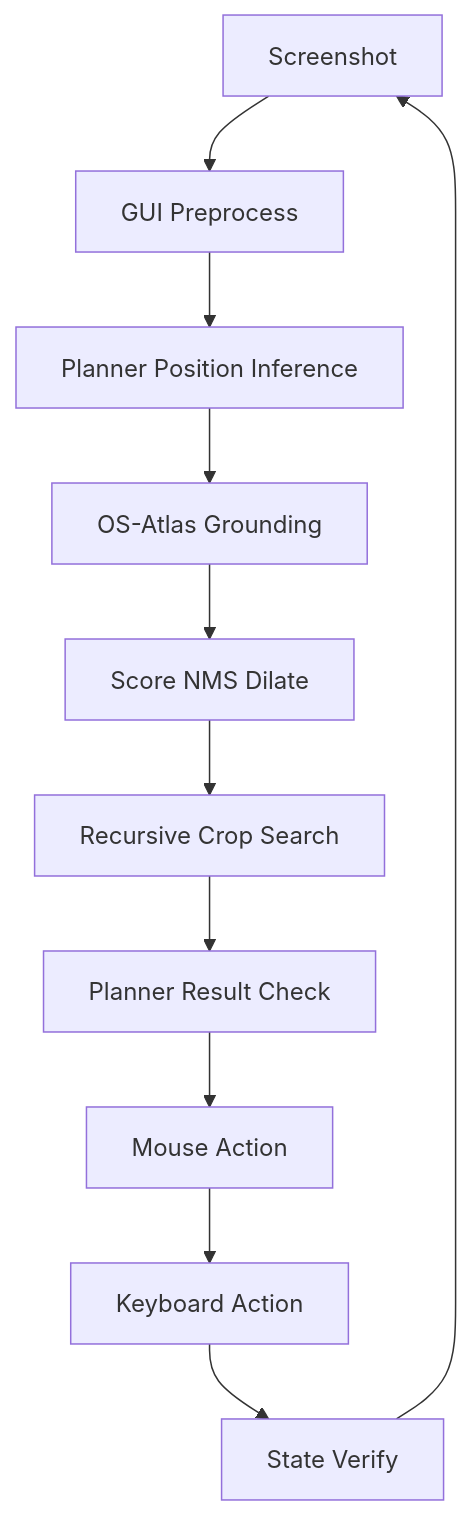
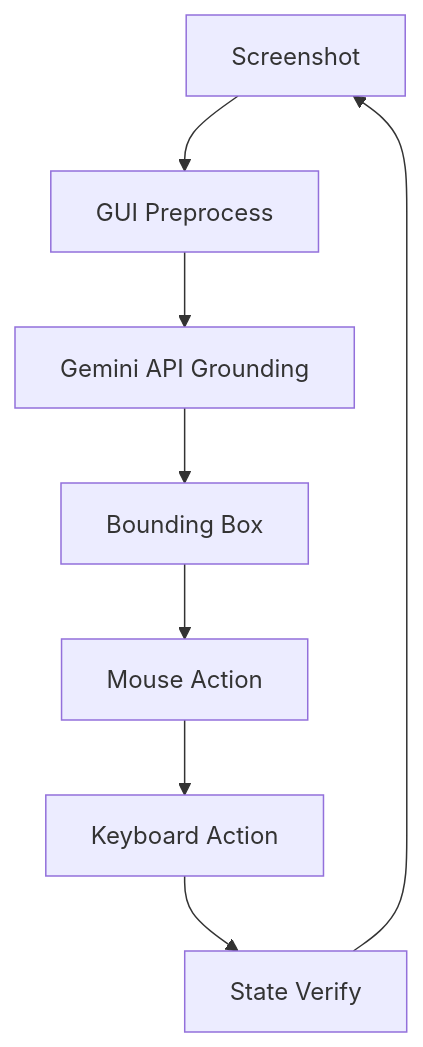
One commit to youssof-elkassas/ai-notepad-automation changed the diagram in README.md. Above: the diagram before and after it, drawn with Mermaid. The commit also changed other lines of this file and 15 other files, not shown here.

````diff
--- a/README.md
+++ b/README.md
@@ -7,13 +7,10 @@
 ```mermaid
 flowchart TD
     SS[Screenshot] --> PP[GUI Preprocess]
-    PP --> PI[Planner Position Inference]
-    PI --> GR[OS-Atlas Grounding]
-    GR --> SC[Score NMS Dilate]
-    SC --> RS[Recursive Crop Search]
-    RS --> RC[Planner Result Check]
-    RC --> MO[Mouse Action]
+    PP --> GM[Gemini API Grounding]
+    GM --> BB[Bounding Box]
+    BB --> MO[Mouse Action]
     MO --> KV[Keyboard Action]
     KV --> WV[State Verify]
     WV --> SS
 ```
````
